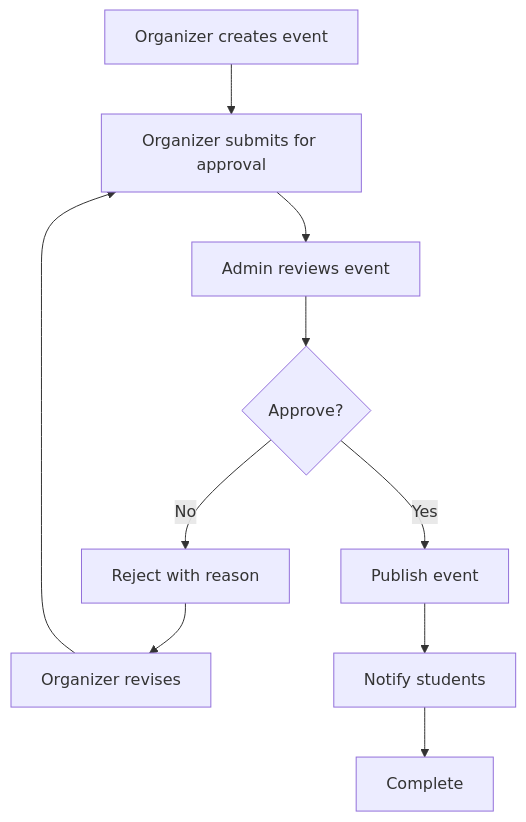
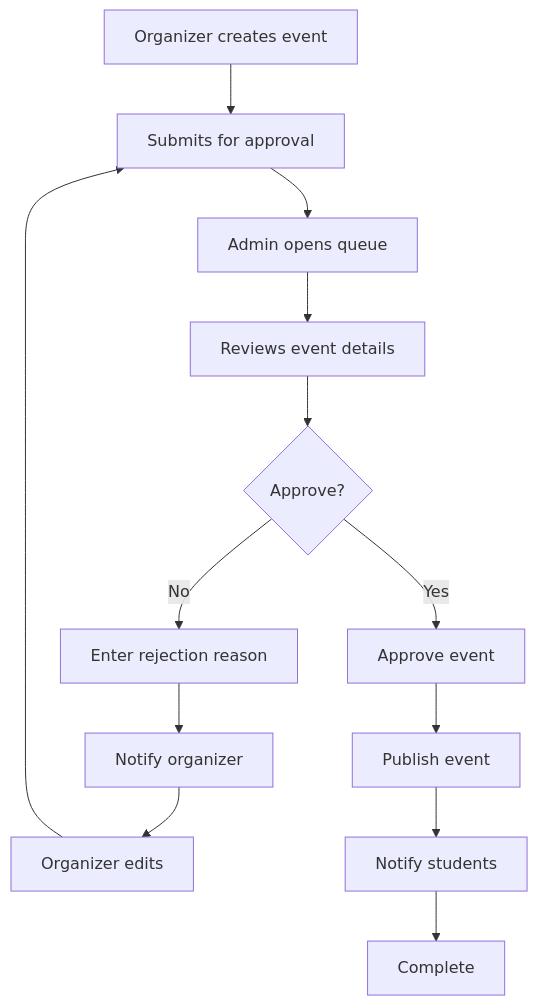
One commit to Amanda2026-crypto/smart-campus-connect changed the sixth of 8 diagrams in activity-diagrams.md. Above: the diagram before and after it, drawn with Mermaid. The commit also changed other lines of this file, not shown here.

````diff
--- a/activity-diagrams.md
+++ b/activity-diagrams.md
@@ -173,12 +270,15 @@
 ```mermaid
 flowchart TD
-    A[Organizer creates event] --> B[Organizer submits for approval]
-    B --> C[Admin reviews event]
-    C --> D{Approve?}
-    D -->|No| E[Reject with reason]
-    E --> F[Organizer revises]
-    F --> B
-    D -->|Yes| G[Publish event]
-    G --> H[Notify students]
-    H --> I[Complete]
+    A[Organizer creates event] --> B[Submits for approval]
+    B --> C[Admin opens queue]
+    C --> D[Reviews event details]
+    D --> E{Approve?}
+    E -->|No| F[Enter rejection reason]
+    F --> G[Notify organizer]
+    G --> H[Organizer edits]
+    H --> B
+    E -->|Yes| I[Approve event]
+    I --> J[Publish event]
+    J --> K[Notify students]
+    K --> L[Complete]
 ```
````
